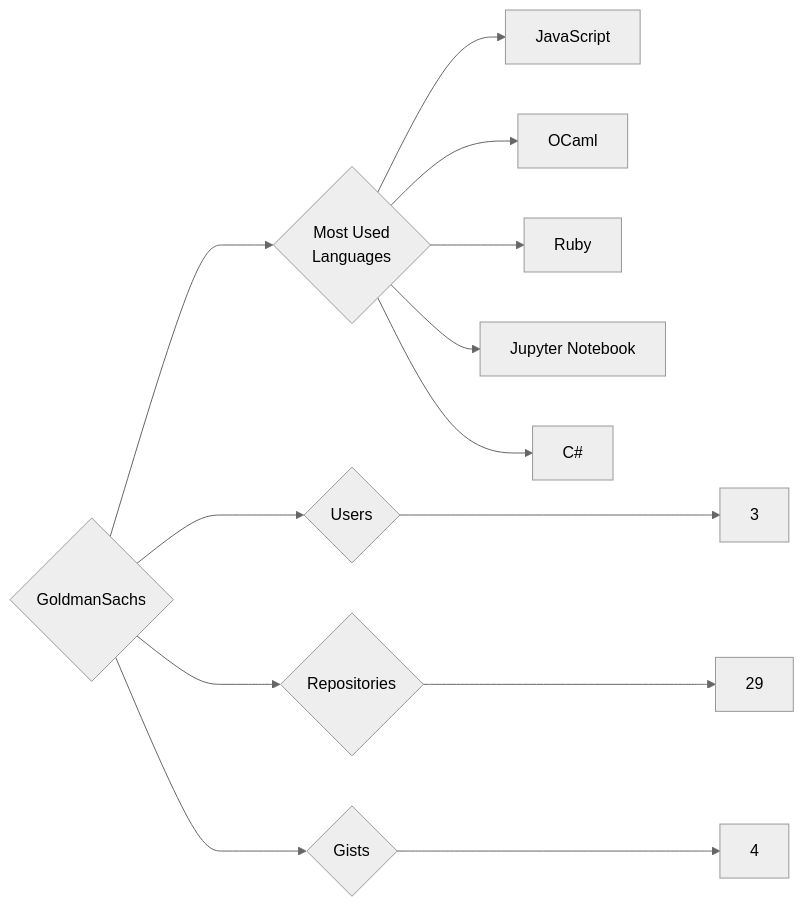
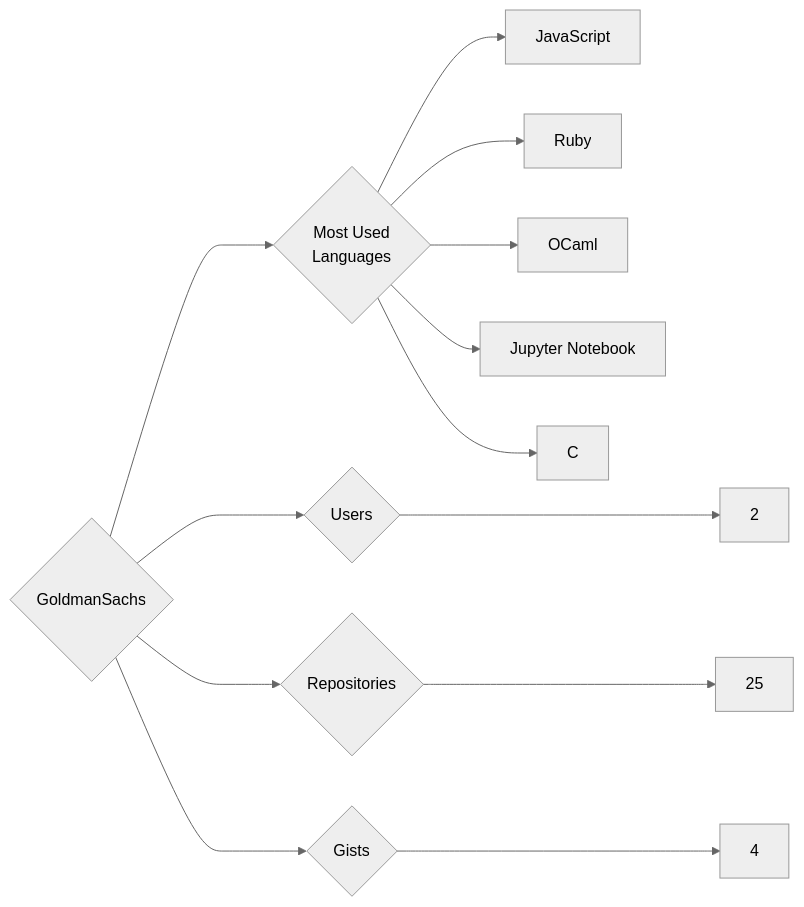
The diagram in targets/GoldmanSachs/README.md (trickest/insiders), drawn with Mermaid (neutral theme) before and after one commit. The commit also changed 894 other files, not shown here.

````diff
--- a/targets/GoldmanSachs/README.md
+++ b/targets/GoldmanSachs/README.md
@@ -3,13 +3,13 @@
 ```mermaid
 graph LR
 COMPANY_NAME{GoldmanSachs}
-COMPANY_NAME ---> U{Users} ---> UN[3]
-COMPANY_NAME ---> R{Repositories} ---> RN[29]
+COMPANY_NAME ---> U{Users} ---> UN[2]
+COMPANY_NAME ---> R{Repositories} ---> RN[25]
 COMPANY_NAME ---> G{Gists} ---> GN[4]
 COMPANY_NAME ---> ML{Most Used<br>Languages}
 ML --> JavaScript[JavaScript]
+ML --> Ruby[Ruby]
 ML --> OCaml[OCaml]
-ML --> Ruby[Ruby]
 ML --> Jupyter_Notebook[Jupyter Notebook]
-ML --> C#[C#]
+ML --> C[C]
 ```
````
